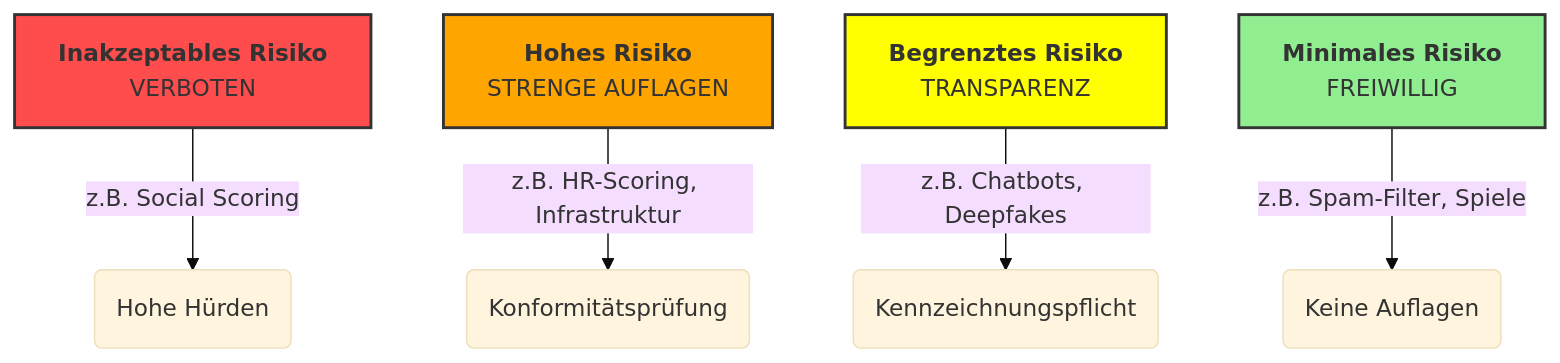
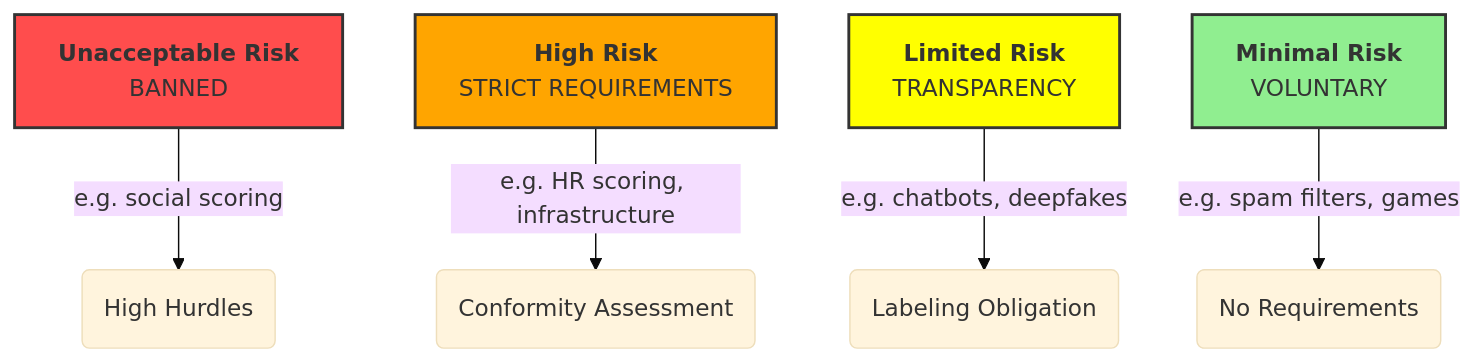
One commit to roger-infanger-weibel/ghostwriter.ai changed diagram 12 of 19 in glossary/rendered/AI-Glossary.md. Above: the diagram before and after it, drawn with Mermaid (base theme). The commit also changed other lines of this file and 24 other files, not shown here.

````diff
--- a/glossary/rendered/AI-Glossary.md
+++ b/glossary/rendered/AI-Glossary.md
@@ -389,14 +389,14 @@
 ```mermaid
 graph TD
-    A[<b>Inakzeptables Risiko</b><br/>VERBOTEN] -->|z.B. Social Scoring| B(Hohe Hürden)
+    A[<b>Unacceptable Risk</b><br/>BANNED] -->|e.g. social scoring| B(High Hurdles)
     style A fill:#ff4d4d,stroke:#333,stroke-width:2px
-    
-    C[<b>Hohes Risiko</b><br/>STRENGE AUFLAGEN] -->|z.B. HR-Scoring, Infrastruktur| D(Konformitätsprüfung)
+
+    C[<b>High Risk</b><br/>STRICT REQUIREMENTS] -->|e.g. HR scoring, infrastructure| D(Conformity Assessment)
     style C fill:#ffa500,stroke:#333,stroke-width:2px
-    
-    E[<b>Begrenztes Risiko</b><br/>TRANSPARENZ] -->|z.B. Chatbots, Deepfakes| F(Kennzeichnungspflicht)
+
+    E[<b>Limited Risk</b><br/>TRANSPARENCY] -->|e.g. chatbots, deepfakes| F(Labeling Obligation)
     style E fill:#ffff00,stroke:#333,stroke-width:2px
-    
-    G[<b>Minimales Risiko</b><br/>FREIWILLIG] -->|z.B. Spam-Filter, Spiele| H(Keine Auflagen)
+
+    G[<b>Minimal Risk</b><br/>VOLUNTARY] -->|e.g. spam filters, games| H(No Requirements)
     style G fill:#90ee90,stroke:#333,stroke-width:2px
 ```
````
